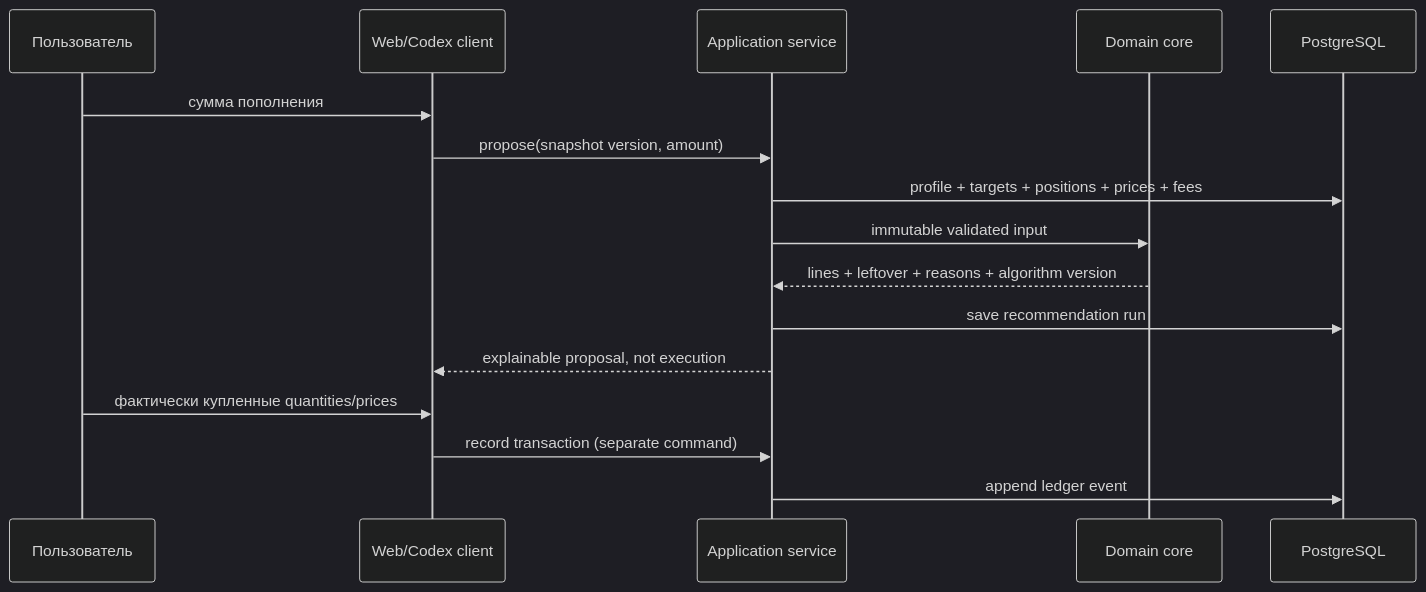
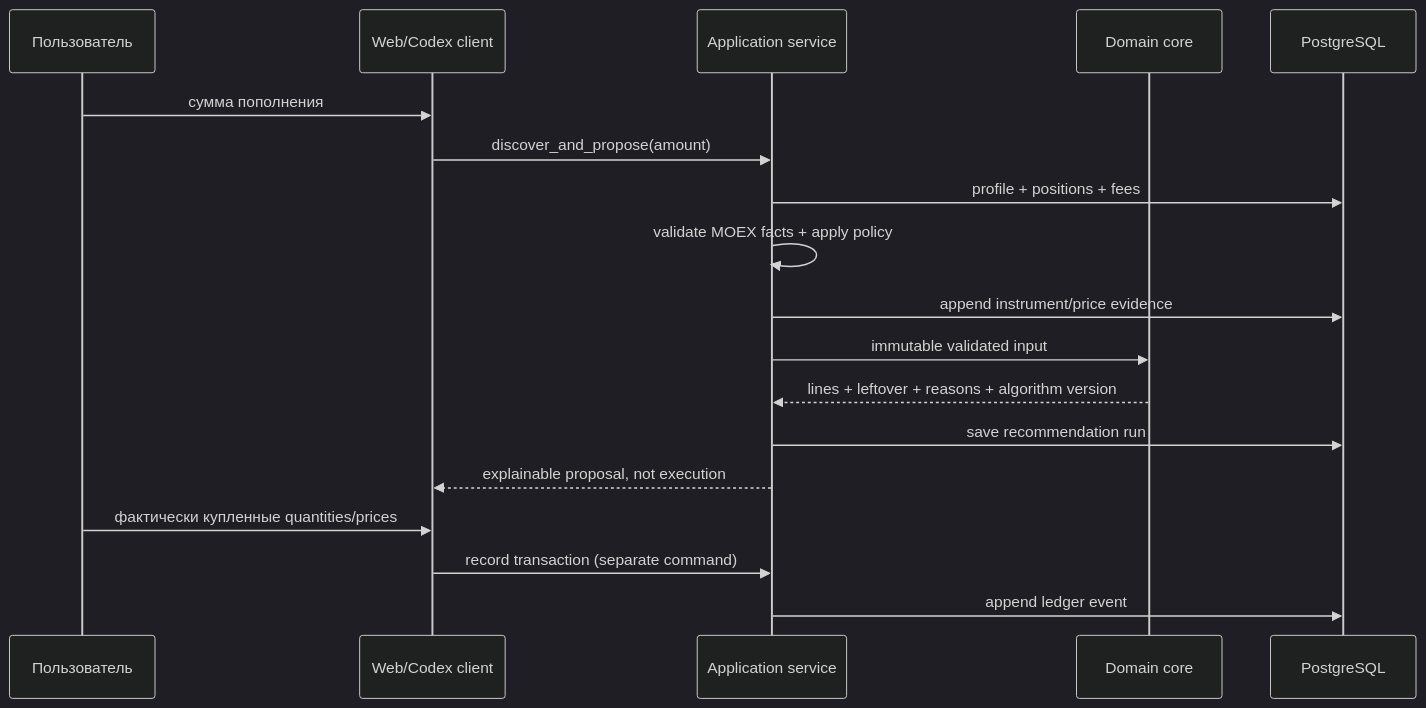
Before and after one commit to TBWTK/PatientCapital: the second of 2 diagrams in docs/ARCHITECTURE.md, drawn with Mermaid (dark theme). The commit also changed other lines of this file and 38 other files, not shown here.

````diff
--- a/docs/ARCHITECTURE.md
+++ b/docs/ARCHITECTURE.md
@@ -122,18 +132,20 @@
 ```mermaid
 sequenceDiagram
   participant U as Пользователь
   participant C as Web/Codex client
   participant A as Application service
   participant D as Domain core
   participant P as PostgreSQL
   U->>C: сумма пополнения
-  C->>A: propose(snapshot version, amount)
-  A->>P: profile + targets + positions + prices + fees
+  C->>A: discover_and_propose(amount)
+  A->>P: profile + positions + fees
+  A->>A: validate MOEX facts + apply policy
+  A->>P: append instrument/price evidence
   A->>D: immutable validated input
   D-->>A: lines + leftover + reasons + algorithm version
   A->>P: save recommendation run
   A-->>C: explainable proposal, not execution
   U->>C: фактически купленные quantities/prices
   C->>A: record transaction (separate command)
   A->>P: append ledger event
 ```
````
